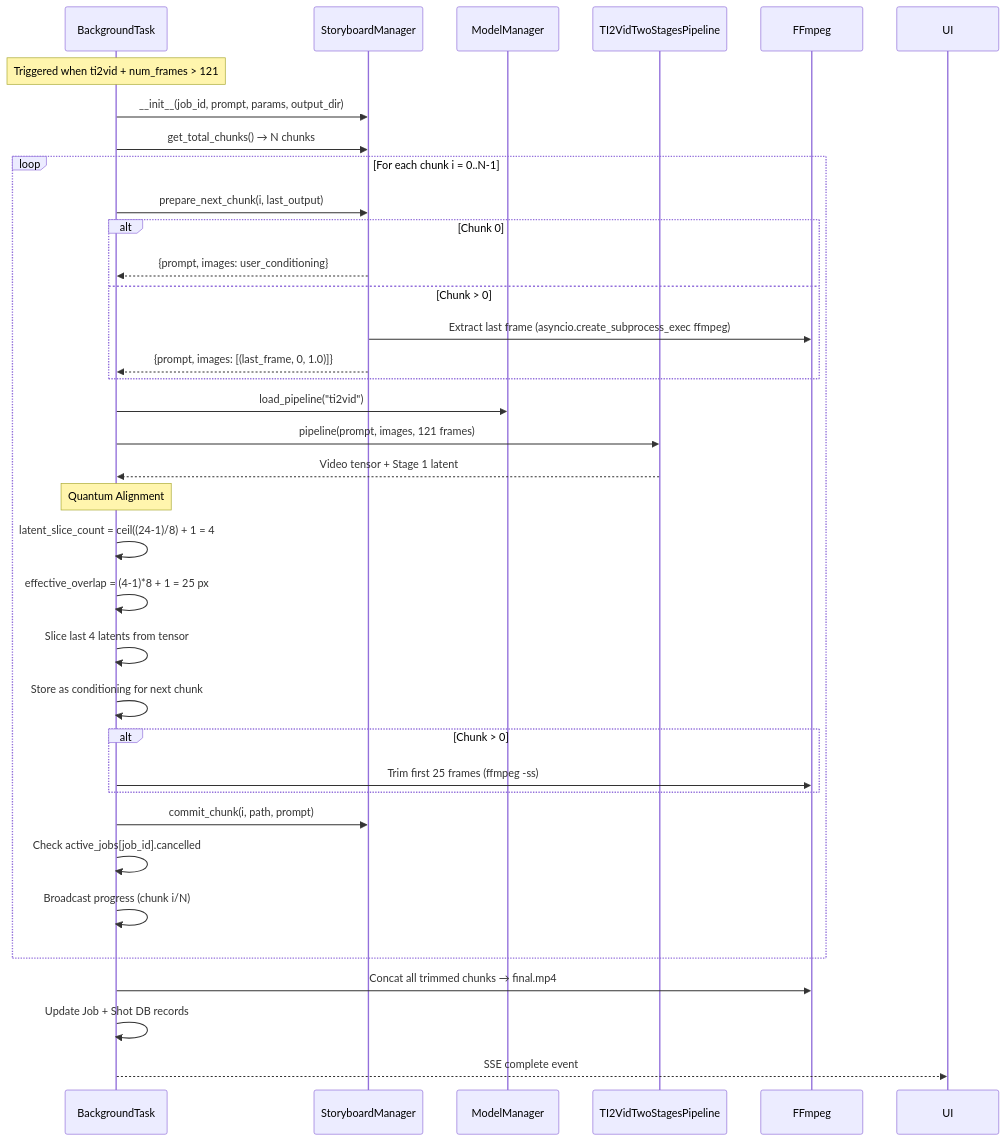
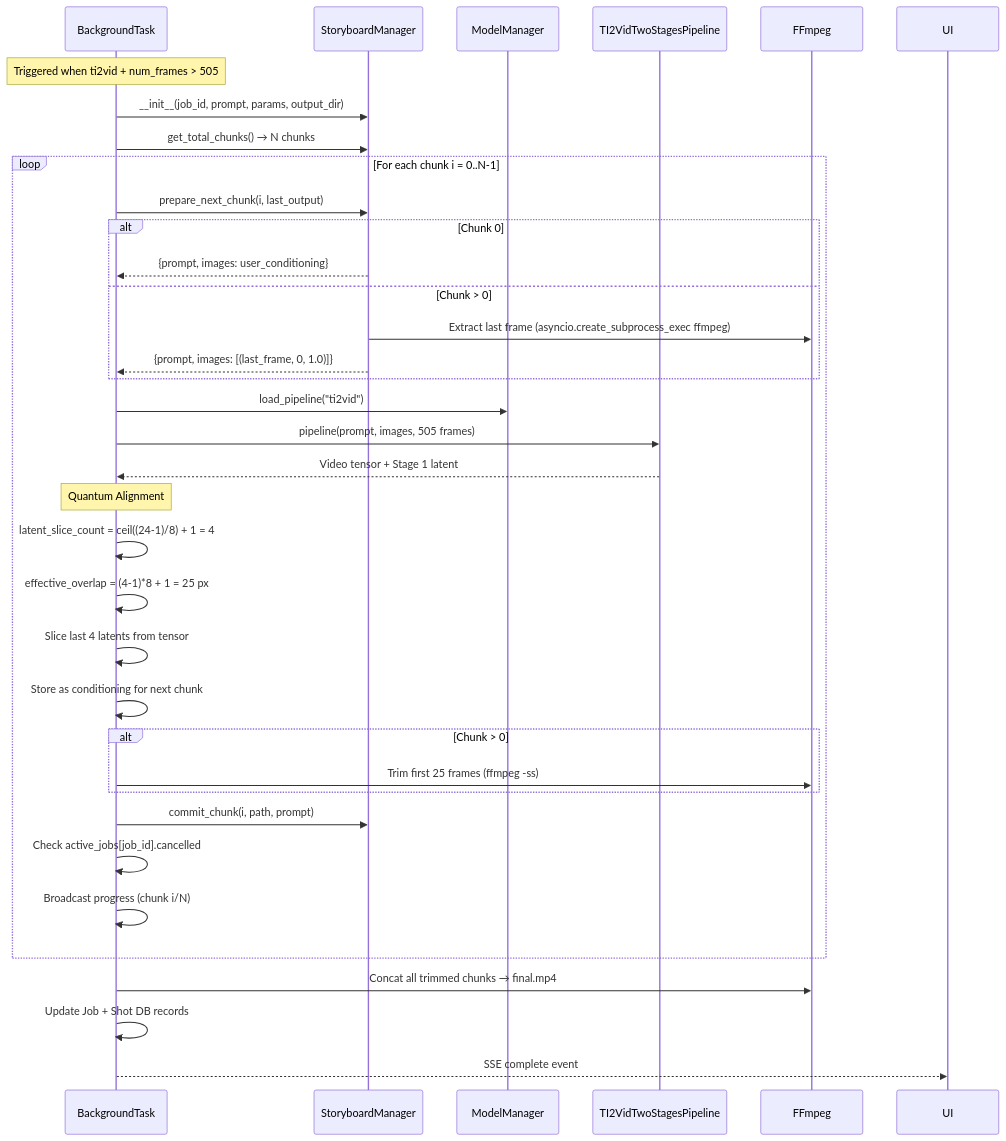
Before and after one commit to mainza-ai/milimovideo: the fourth of 11 diagrams in docs/05_execution_flow.md, drawn with Mermaid. The commit also changed other lines of this file and 2 other files, not shown here.

Commit message:
docs: Document LTX-2 505 frame limit, VLM JSON character sheet handling, and shot prompt prioritization

````diff
--- a/docs/05_execution_flow.md
+++ b/docs/05_execution_flow.md
@@ -195,46 +195,46 @@
 ```mermaid
 sequenceDiagram
     participant Worker as BackgroundTask
     participant SBMgr as StoryboardManager
     participant ME as ModelManager
     participant LTX as TI2VidTwoStagesPipeline
     participant FFmpeg as FFmpeg
 
-    Note over Worker: Triggered when ti2vid + num_frames > 121
+    Note over Worker: Triggered when ti2vid + num_frames > 505
 
     Worker->>SBMgr: __init__(job_id, prompt, params, output_dir)
     Worker->>SBMgr: get_total_chunks() → N chunks
 
     loop For each chunk i = 0..N-1
         Worker->>SBMgr: prepare_next_chunk(i, last_output)
         
         alt Chunk 0
             SBMgr-->>Worker: {prompt, images: user_conditioning}
         else Chunk > 0
             SBMgr->>FFmpeg: Extract last frame (asyncio.create_subprocess_exec ffmpeg)
             SBMgr-->>Worker: {prompt, images: [(last_frame, 0, 1.0)]}
         end
 
         Worker->>ME: load_pipeline("ti2vid")
-        Worker->>LTX: pipeline(prompt, images, 121 frames)
+        Worker->>LTX: pipeline(prompt, images, 505 frames)
         LTX-->>Worker: Video tensor + Stage 1 latent
 
         Note over Worker: Quantum Alignment
         Worker->>Worker: latent_slice_count = ceil((24-1)/8) + 1 = 4
         Worker->>Worker: effective_overlap = (4-1)*8 + 1 = 25 px
         Worker->>Worker: Slice last 4 latents from tensor
         Worker->>Worker: Store as conditioning for next chunk
 
         alt Chunk > 0
             Worker->>FFmpeg: Trim first 25 frames (ffmpeg -ss)
         end
 
         Worker->>SBMgr: commit_chunk(i, path, prompt)
         Worker->>Worker: Check active_jobs[job_id].cancelled
         Worker->>Worker: Broadcast progress (chunk i/N)
     end
 
     Worker->>FFmpeg: Concat all trimmed chunks → final.mp4
     Worker->>Worker: Update Job + Shot DB records
     Worker-->>UI: SSE complete event
 ```
````
